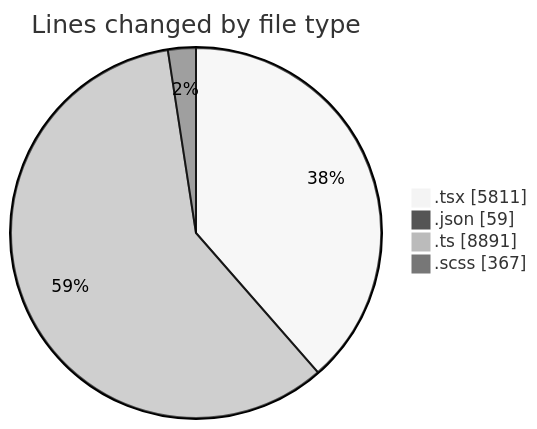
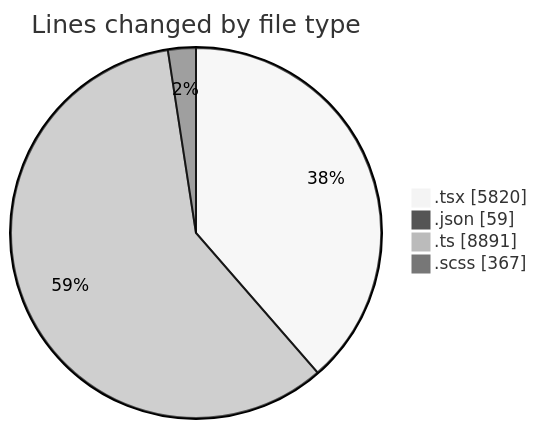
Before and after one commit to momahboobian/code-tracking: the first of 2 diagrams in 2025-11-24/cda/README.md, drawn with Mermaid (neutral theme). The commit also changed other lines of this file and 1 other file, not shown here.

````diff
--- a/2025-11-24/cda/README.md
+++ b/2025-11-24/cda/README.md
@@ -38,8 +38,8 @@
 ```mermaid
 pie showData
 title Lines changed by file type
-".tsx" : 5811
+".tsx" : 5820
 ".json" : 59
 ".ts" : 8891
 ".scss" : 367
 ```
````
